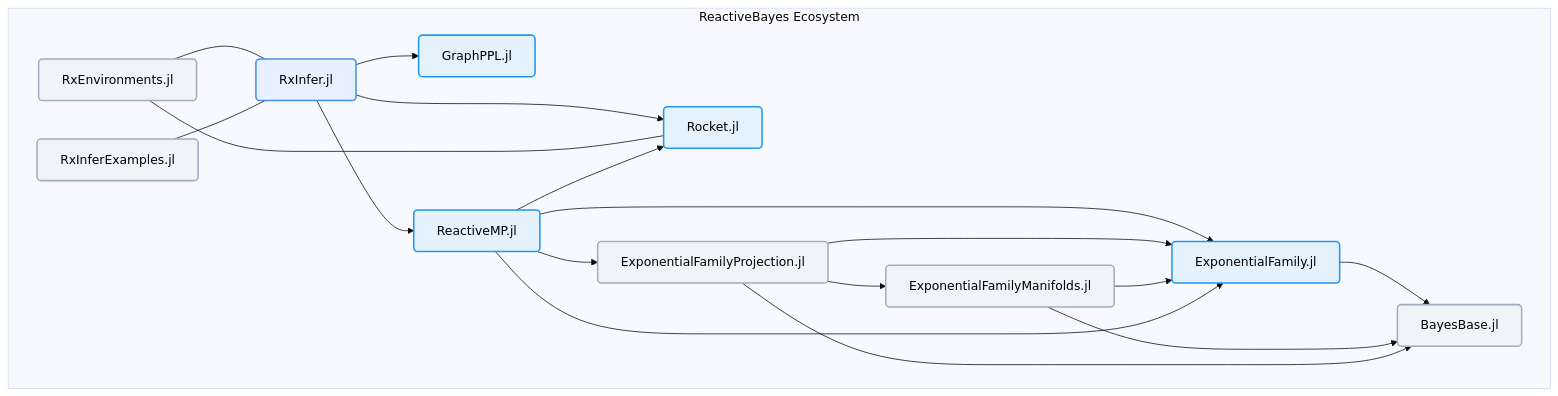
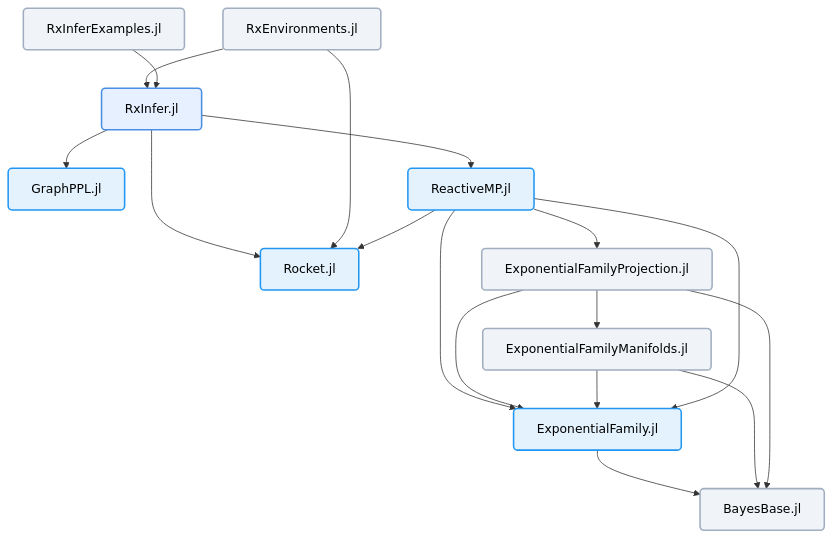
The diagram in profile/README.md (ReactiveBayes/.github), drawn with Mermaid before and after one commit. The commit also changed other lines of this file, not shown here.

Commit message:
simplify design

````diff
--- a/profile/README.md
+++ b/profile/README.md
@@ -7,74 +7,47 @@
 ```mermaid 
 graph TD
-    %% Node definitions with links
-    RxInfer[RxInfer.jl]
-    click RxInfer href "https://github.com/ReactiveBayes/RxInfer.jl" _blank
-    GraphPPL[GraphPPL.jl]
-    click GraphPPL href "https://github.com/ReactiveBayes/GraphPPL.jl" _blank
-    ReactiveMP[ReactiveMP.jl]
-    click ReactiveMP href "https://github.com/ReactiveBayes/ReactiveMP.jl" _blank
-    Rocket[Rocket.jl]
-    click Rocket href "https://github.com/ReactiveBayes/Rocket.jl" _blank
-    RxEnvironments[RxEnvironments.jl]
-    click RxEnvironments href "https://github.com/ReactiveBayes/RxEnvironments.jl" _blank
-    ExponentialFamily[ExponentialFamily.jl]
-    click ExponentialFamily href "https://github.com/ReactiveBayes/ExponentialFamily.jl" _blank
-    ExponentialFamilyProjection[ExponentialFamilyProjection.jl]
-    click ExponentialFamilyProjection href "https://github.com/ReactiveBayes/ExponentialFamilyProjection.jl" _blank
-    ExponentialFamilyManifolds[ExponentialFamilyManifolds.jl]
-    click ExponentialFamilyManifolds href "https://github.com/ReactiveBayes/ExponentialFamilyManifolds.jl" _blank
-    BayesBase[BayesBase.jl]
-    click BayesBase href "https://github.com/ReactiveBayes/BayesBase.jl" _blank
-    RxInferExamples[RxInferExamples.jl]
-    click RxInferExamples href "https://github.com/ReactiveBayes/RxInferExamples.jl" _blank
+    %% Node definitions
+    RxInfer["RxInfer.jl"]
+    RxInferExamples["RxInferExamples.jl"]
+    GraphPPL["GraphPPL.jl"]
+    ReactiveMP["ReactiveMP.jl"]
+    Rocket["Rocket.jl"]
+    RxEnvironments["RxEnvironments.jl"]
+    ExponentialFamily["ExponentialFamily.jl"]
+    ExponentialFamilyProjection["ExponentialFamilyProjection.jl"]
+    ExponentialFamilyManifolds["ExponentialFamilyManifolds.jl"]
+    BayesBase["BayesBase.jl"]
 
     %% Connections
     RxInfer --> GraphPPL
     RxInfer --> ReactiveMP
     RxInfer --> Rocket
 
-    RxEnvironments --- RxInfer
-    RxEnvironments --- Rocket
+    RxEnvironments --> RxInfer
+    RxEnvironments --> Rocket
 
-    RxInferExamples --- RxInfer
+    RxInferExamples --> RxInfer
     
     ReactiveMP --> ExponentialFamily
     ReactiveMP --> ExponentialFamilyProjection
     ReactiveMP --> Rocket
     
     ExponentialFamilyProjection --> ExponentialFamilyManifolds
     ExponentialFamilyProjection --> ExponentialFamily
     ExponentialFamilyManifolds --> ExponentialFamily
     
     ReactiveMP --> ExponentialFamily
     
     ExponentialFamily --> BayesBase
     ExponentialFamilyManifolds --> BayesBase
     ExponentialFamilyProjection --> BayesBase
 
     %% Node styling
     classDef default fill:#f0f4f8,stroke:#a0aec0,stroke-width:2px,rx:5px,text-decoration:none,color:#000;
     classDef rxi fill:#e6f0ff,stroke:#4a90e2,stroke-width:2px,rx:5px,text-decoration:none,color:#000;
     classDef core fill:#e3f2fd,stroke:#2196f3,stroke-width:2px,rx:5px,text-decoration:none,color:#000;
     
     %% Apply core styling to main packages
     class ReactiveMP,GraphPPL,Rocket,ExponentialFamily core;
     class RxInfer rxi;
-
-    %% Remove background from main graph
-    subgraph "ReactiveBayes Ecosystem"
-        RxInfer["RxInfer.jl"]
-        RxInferExamples["RxInferExamples.jl"]
-        GraphPPL["GraphPPL.jl"]
-        ReactiveMP["ReactiveMP.jl"]
-        Rocket["Rocket.jl"]
-        RxEnvironments["RxEnvironments.jl"]
-        ExponentialFamily["ExponentialFamily.jl"]
-        ExponentialFamilyProjection["ExponentialFamilyProjection.jl"]
-        ExponentialFamilyManifolds["ExponentialFamilyManifolds.jl"]
-        BayesBase["BayesBase.jl"]
-    end
-
-    %% Style settings
-    %%{ init: { 'theme': 'base', 'themeVariables': { 'fontSize': '16px' } } }%%
 ```
````
